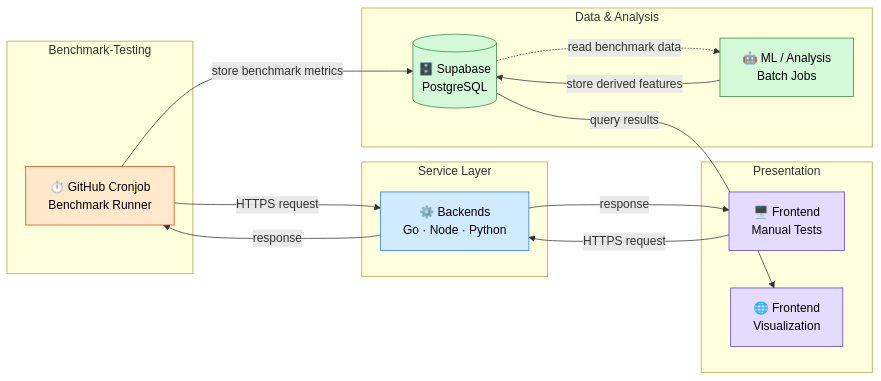
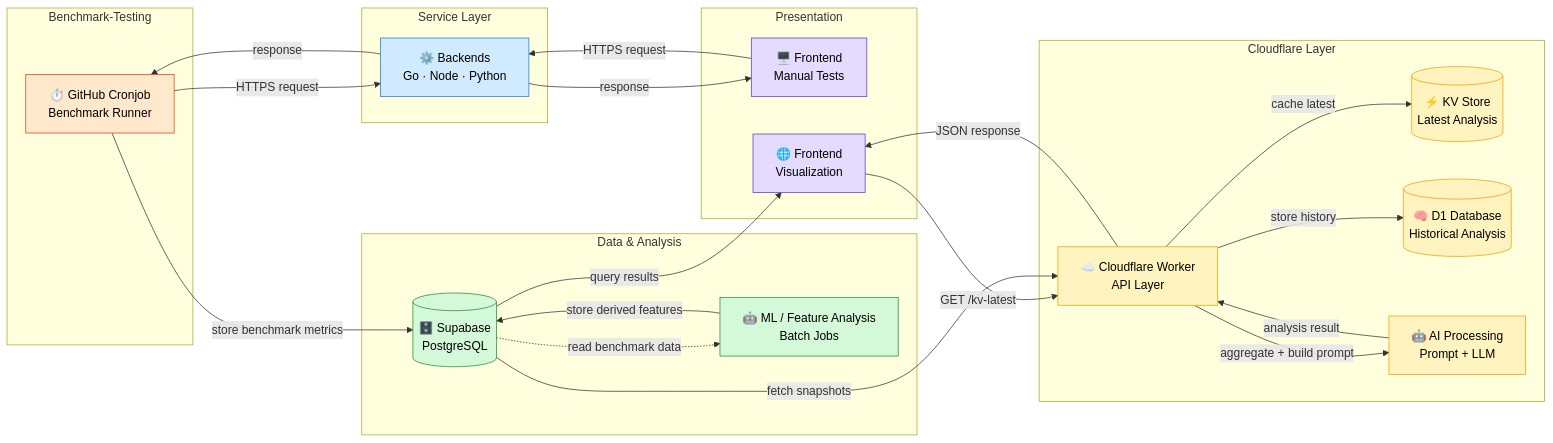
The diagram in README.md (T-Al-D/fs-lab-overview), drawn with Mermaid before and after one commit. The commit also changed other lines of this file, not shown here.

Commit message:
docs: expanded mermaid diagram, added cloud

````diff
--- a/README.md
+++ b/README.md
@@ -31,46 +19,71 @@
 ```mermaid
 flowchart LR
     Cron[⏱️ GitHub Cronjob<br/>Benchmark Runner]
     FE_Test[🖥️ Frontend<br/>Manual Tests]
     BE[⚙️ Backends<br/>Go · Node · Python]
     DB[(🗄️ Supabase<br/>PostgreSQL)]
-    ML[🤖 ML / Analysis<br/>Batch Jobs]
+    ML[🤖 ML / Feature Analysis<br/>Batch Jobs]
     FE_View[🌐 Frontend<br/>Visualization]
+
+    CF_Worker[☁️ Cloudflare Worker<br/>API Layer]
+    KV[(⚡ KV Store<br/>Latest Analysis)]
+    D1[(🧠 D1 Database<br/>Historical Analysis)]
+    AI[🤖 AI Processing<br/>Prompt + LLM]
 
     subgraph Presentation
     FE_Test
     FE_View
     end
 
     subgraph Service Layer
     BE
     end
 
     subgraph Data & Analysis
     DB
     ML
     end
 
     subgraph Benchmark-Testing
     Cron
     end
 
+    subgraph Cloudflare Layer
+        CF_Worker
+        AI
+        KV
+        D1
+    end
+
+    %% Frontend Consumption
+    FE_View -->|GET /kv-latest| CF_Worker
+    CF_Worker -->|JSON response| FE_View
     FE_Test -->|HTTPS request| BE
     BE -->|response| FE_Test
+
     Cron -->|HTTPS request| BE
     BE -->|response| Cron
     Cron -->|store benchmark metrics| DB
     DB -.->|read benchmark data| ML
     ML -->|store derived features| DB
     DB -->|query results| FE_View
 
+    %% Cloudflare AI Pipeline
+    DB -->|fetch snapshots| CF_Worker
+    CF_Worker -->|aggregate + build prompt| AI
+    AI -->|analysis result| CF_Worker
+     CF_Worker -->|store history| D1
+    CF_Worker -->|cache latest| KV
+
     classDef benchmark fill:#ffe8cc,stroke:#d9480f,color:#000
     classDef service fill:#d0ebff,stroke:#1c7ed6,color:#000
     classDef data fill:#d3f9d8,stroke:#2b8a3e,color:#000
     classDef frontend fill:#e5dbff,stroke:#5f3dc4,color:#000
+    classDef cloud fill:#fff3bf,stroke:#f59f00,color:#000
 
     class Cron benchmark
     class BE service
     class DB,ML data
     class FE_Test,FE_View frontend
+    class KV,D1,CF_Worker,AI cloud
 ```
````
